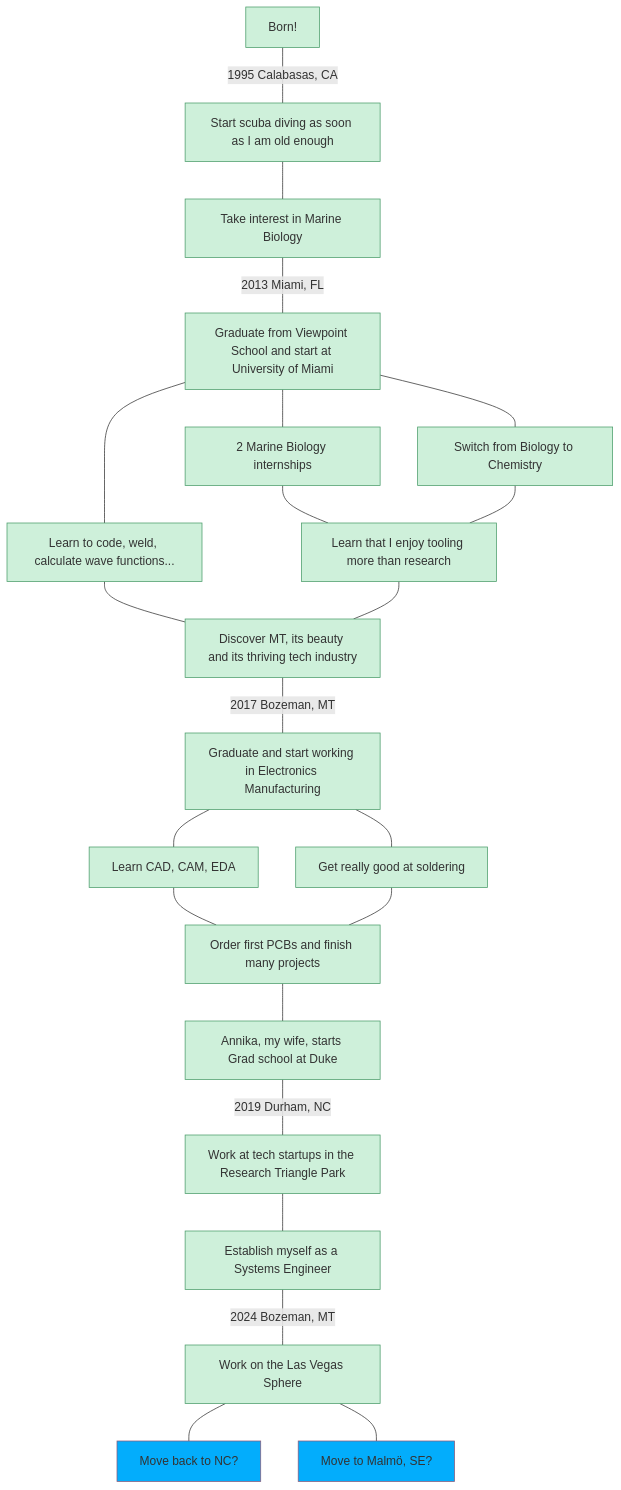
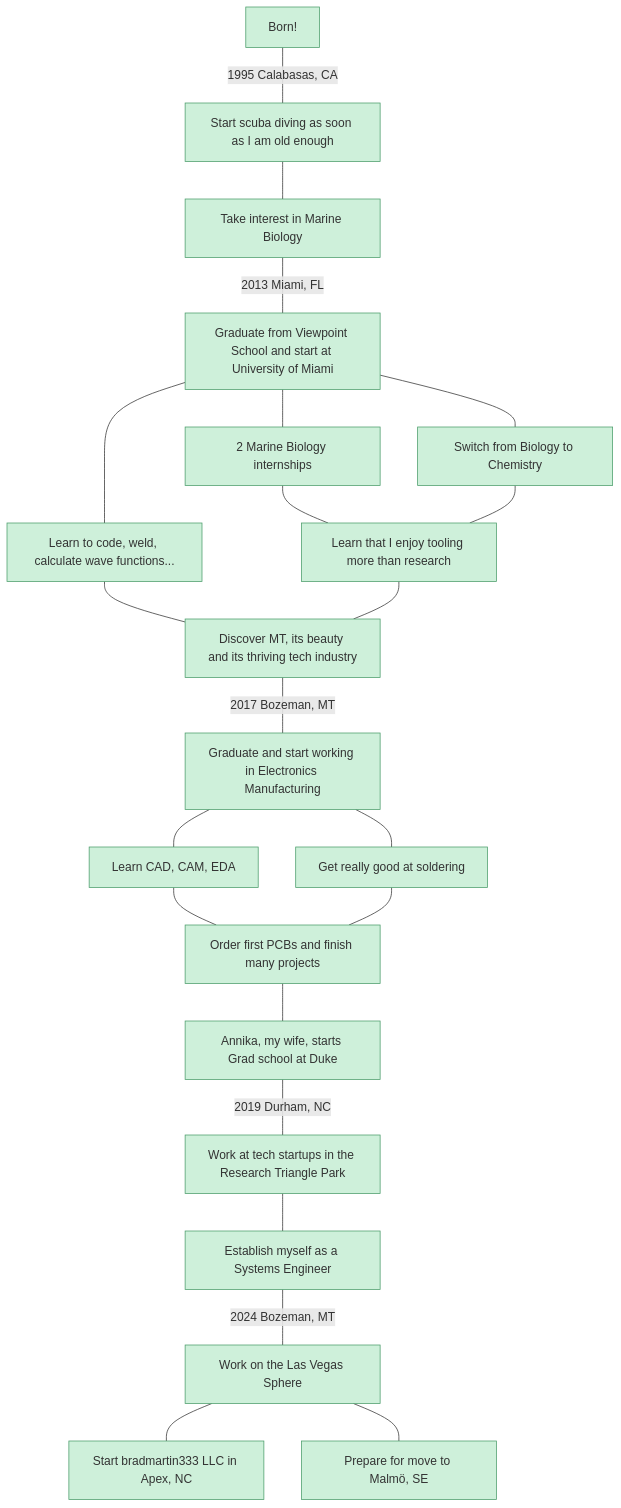
Before and after one commit to bradmartin333/bradmartin333.github.io: the diagram in journey/README.md, drawn with Mermaid.

Commit message:
update journey diagram

````diff
--- a/journey/README.md
+++ b/journey/README.md
@@ -3,25 +3,22 @@
 ```mermaid
 graph TD;
     A[Born!] --1995 Calabasas, CA--- B[Start scuba diving as soon as I am old enough];
     B --- C[Take interest in Marine Biology];
     C --2013 Miami, FL--- D[Graduate from Viewpoint School and start at University of Miami];
     D --- E[2 Marine Biology internships];
     D --- F[Switch from Biology to Chemistry];
     D --- G[Learn to code, weld, calculate wave functions...] --- J;
     E --- H[Learn that I enjoy tooling more than research];
     F --- H --- J[Discover MT, its beauty and its thriving tech industry];
     J --2017 Bozeman, MT--- K[Graduate and start working in Electronics Manufacturing];
     K --- L[Learn CAD, CAM, EDA];
     L --- N[Order first PCBs and finish many projects];
     K --- M[Get really good at soldering];
     M --- N --- O[Annika, my wife, starts Grad school at Duke];
     O --2019 Durham, NC--- P[Work at tech startups in the Research Triangle Park];
     P --- Q[Establish myself as a Systems Engineer];
     Q --2024 Bozeman, MT--- R[Work on the Las Vegas Sphere];
-    R --- S[Move back to NC?];
-    R --- T[Move to Malmö, SE?];
+    R --- S[Start bradmartin333 LLC in Apex, NC];
+    R --- T[Prepare for move to Malmö, SE];
     classDef default fill:#cef0da,stroke:#4a9c6a
-    classDef wow fill:#03adfc,stroke:#8d5c7b
-    class S wow;
-    class T wow;
 ```
````
